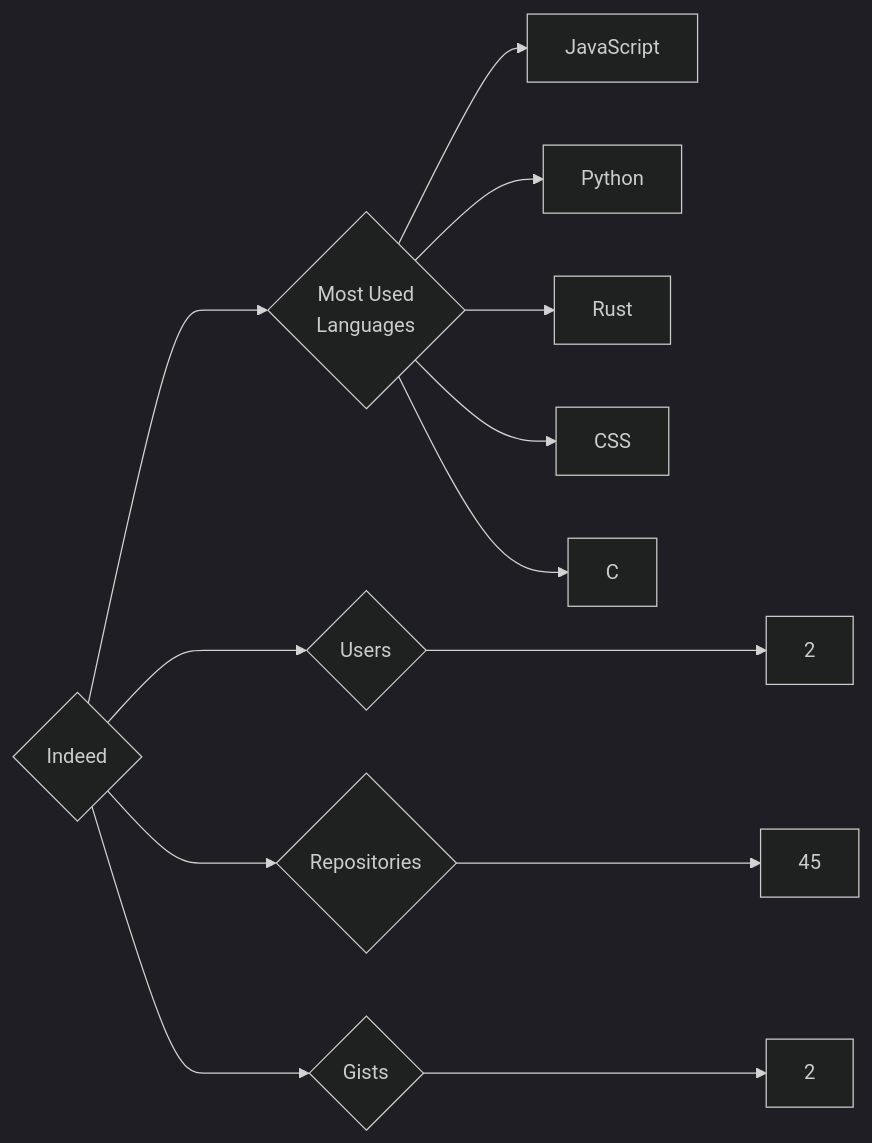
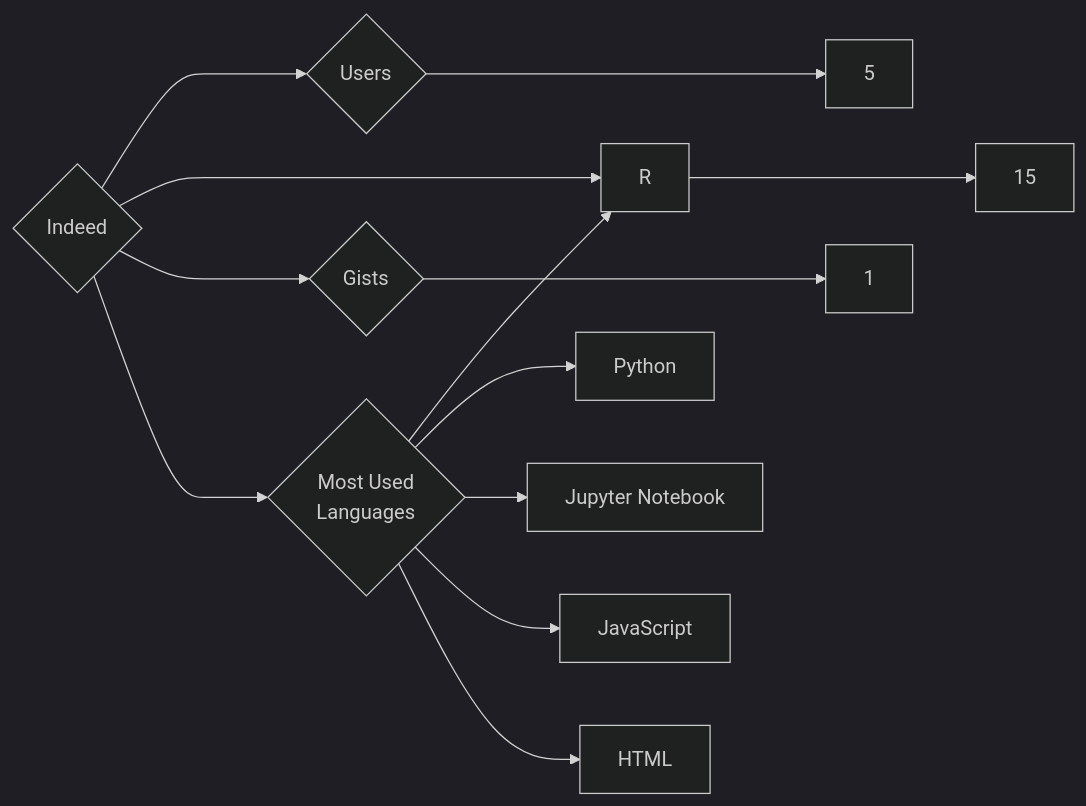
The diagram in targets/Indeed/README.md (trickest/insiders), drawn with Mermaid (dark theme) before and after one commit. The commit also changed 786 other files, not shown here.

````diff
--- a/targets/Indeed/README.md
+++ b/targets/Indeed/README.md
@@ -3,13 +3,13 @@
 ```mermaid
 graph LR
 COMPANY_NAME{Indeed}
-COMPANY_NAME ---> U{Users} ---> UN[2]
-COMPANY_NAME ---> R{Repositories} ---> RN[45]
-COMPANY_NAME ---> G{Gists} ---> GN[2]
+COMPANY_NAME ---> U{Users} ---> UN[5]
+COMPANY_NAME ---> R{Repositories} ---> RN[15]
+COMPANY_NAME ---> G{Gists} ---> GN[1]
 COMPANY_NAME ---> ML{Most Used<br>Languages}
+ML --> R[R]
+ML --> Python[Python]
+ML --> Jupyter_Notebook[Jupyter Notebook]
 ML --> JavaScript[JavaScript]
-ML --> Python[Python]
-ML --> Rust[Rust]
-ML --> CSS[CSS]
-ML --> C[C]
+ML --> HTML[HTML]
 ```
````
